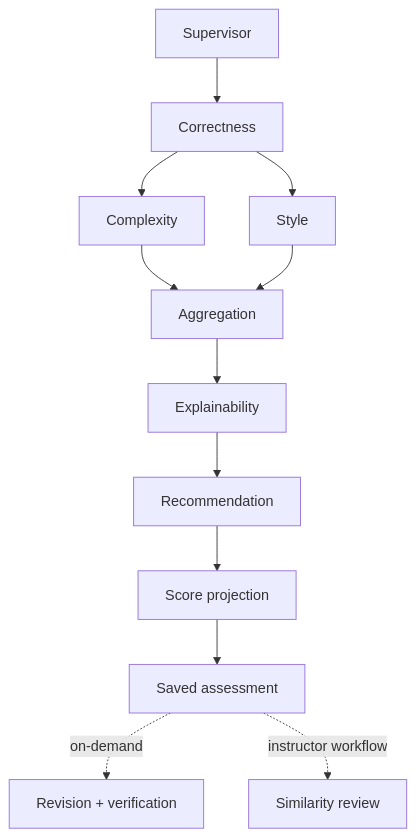
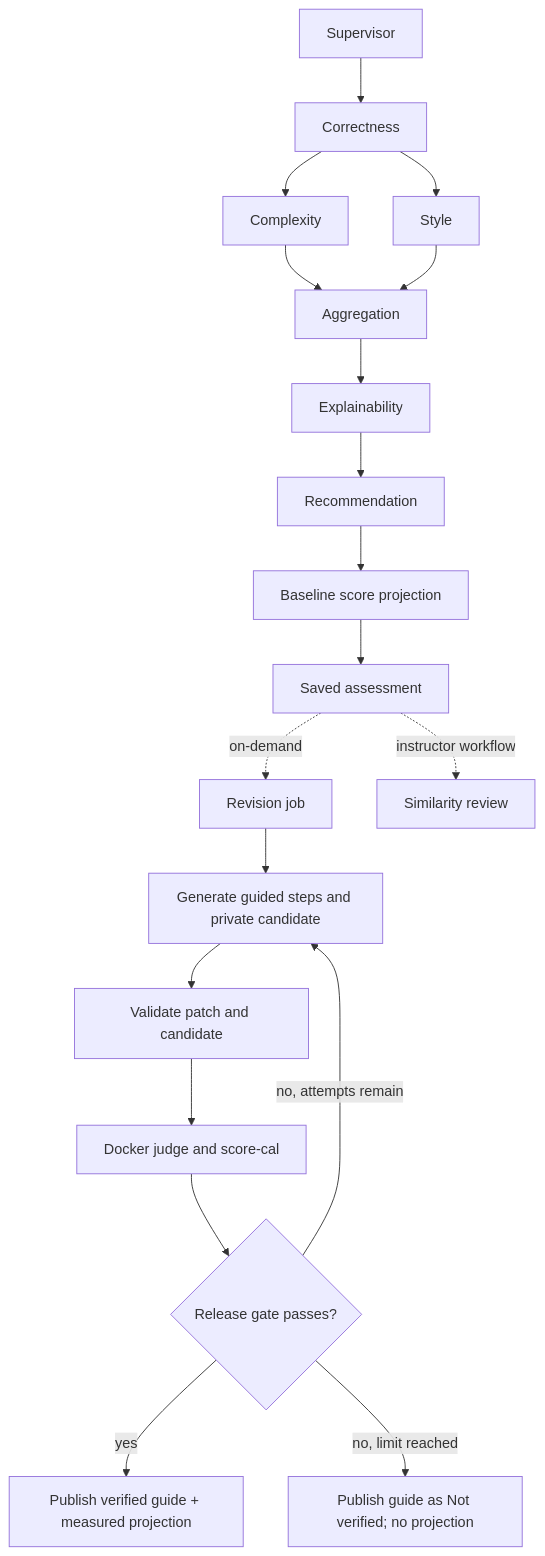
One commit to multiagentcodereview2026/CodeAssessment changed the third of 3 diagrams in README.md. Above: the diagram before and after it, drawn with Mermaid. The commit also changed other lines of this file, not shown here.

Commit message:
Document bounded revision score projection loop

````diff
--- a/README.md
+++ b/README.md
@@ -155,14 +155,21 @@
 ```mermaid
 flowchart TD
     S[Supervisor] --> C[Correctness]
     C --> X[Complexity]
     C --> Y[Style]
     X --> A[Aggregation]
     Y --> A
     A --> E[Explainability]
     E --> R[Recommendation]
-    R --> P[Score projection]
+    R --> P[Baseline score projection]
     P --> END[Saved assessment]
-    END -. on-demand .-> V[Revision + verification]
+    END -. on-demand .-> J[Revision job]
+    J --> G[Generate guided steps and private candidate]
+    G --> V[Validate patch and candidate]
+    V --> D[Docker judge and score-cal]
+    D --> Q{Release gate passes?}
+    Q -- yes --> U[Publish verified guide + measured projection]
+    Q -- no, attempts remain --> G
+    Q -- no, limit reached --> N[Publish guide as Not verified; no projection]
     END -. instructor workflow .-> Z[Similarity review]
 ```
````
